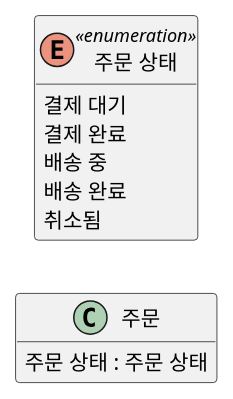
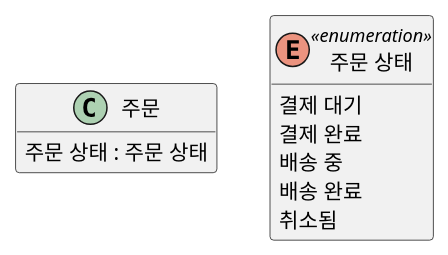
The third of 35 diagrams in courses/ooad/sessions/s03.md (YoungSan77/TrainingMaterials), drawn with PlantUML before and after one commit. The commit also changed other lines of this file and 51 other files, not shown here.

````diff
--- a/courses/ooad/sessions/s03.md
+++ b/courses/ooad/sessions/s03.md
@@ -252,16 +286,15 @@
 ```plantuml:class
 @startuml
 hide empty methods
-left to right direction
 class "주문" as Order {
   주문 상태 : 주문 상태
 }
 enum "주문 상태" as OrderStatus <<enumeration>> {
   결제 대기
   결제 완료
   배송 중
   배송 완료
   취소됨
 }
 @enduml
 ```
````
